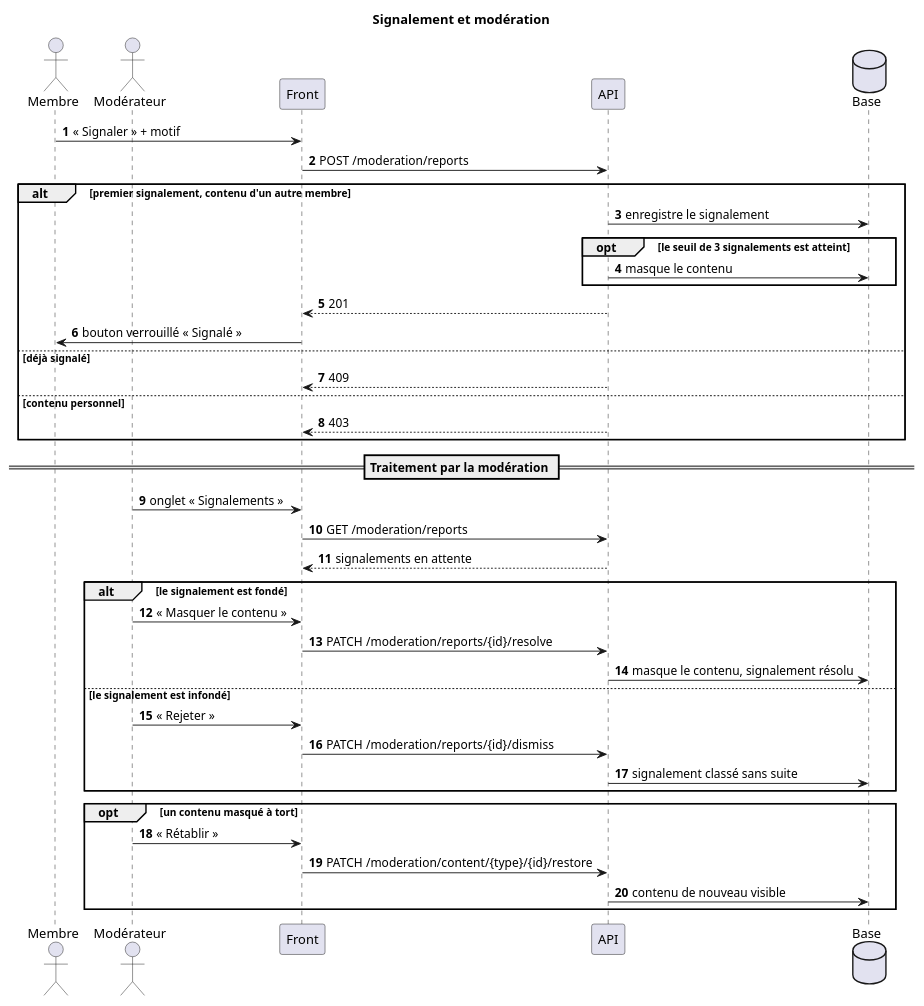
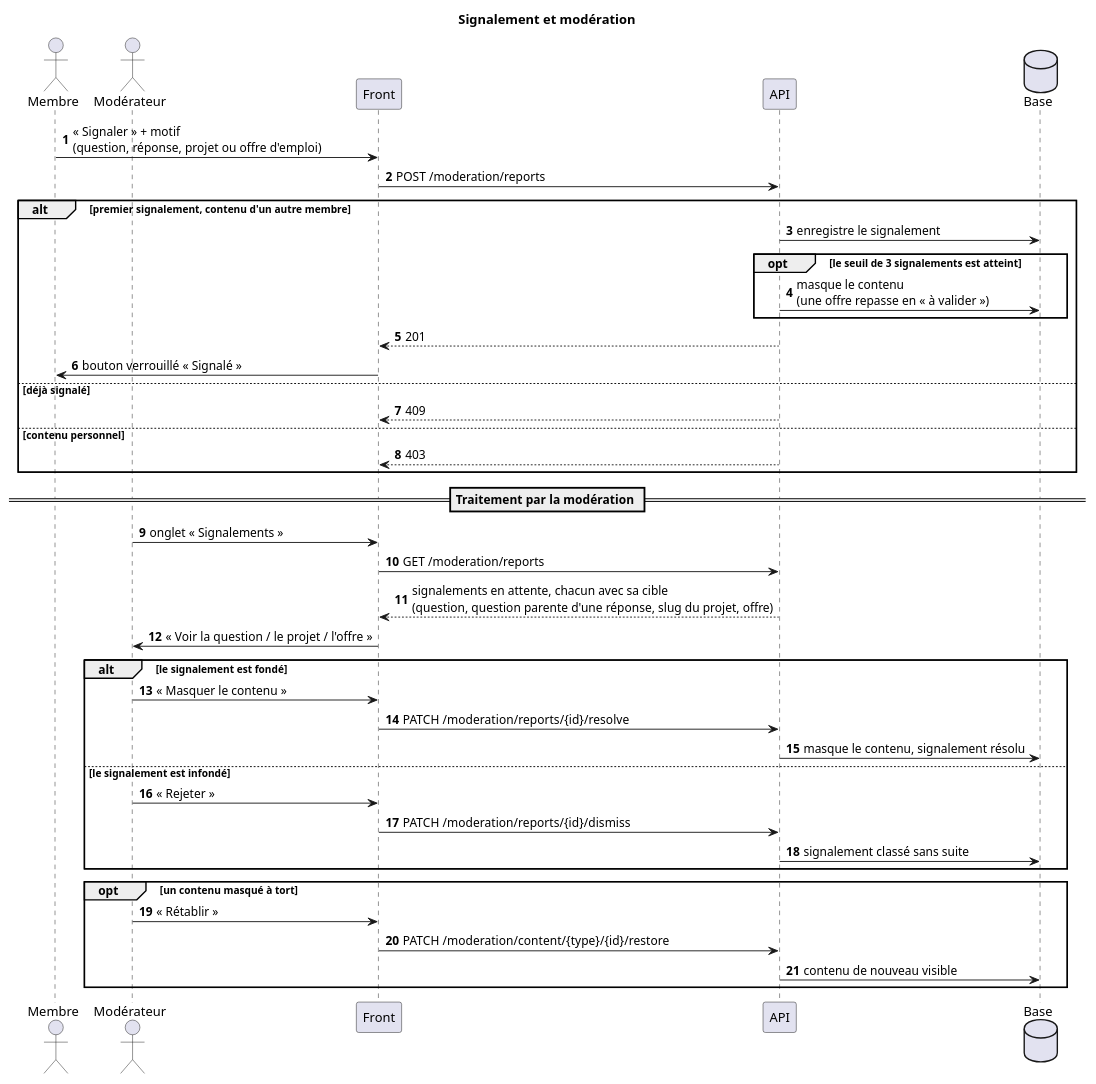
Before and after one commit to TheShvdow/afridev_hub: the diagram in docs/parcours-utilisateurs/diagrammes/07-signaler-un-contenu-et-le-moderer.puml, drawn with PlantUML. The commit also changed 9 other files, not shown here.

```diff
--- a/docs/parcours-utilisateurs/diagrammes/07-signaler-un-contenu-et-le-moderer.puml
+++ b/docs/parcours-utilisateurs/diagrammes/07-signaler-un-contenu-et-le-moderer.puml
@@ -1,44 +1,45 @@
 @startuml
 title Signalement et modération
 autonumber
 actor Membre
 actor Modérateur
 participant Front
 participant API
 database Base
 
-Membre -> Front : « Signaler » + motif
+Membre -> Front : « Signaler » + motif\n(question, réponse, projet ou offre d'emploi)
 Front -> API : POST /moderation/reports
 alt premier signalement, contenu d'un autre membre
   API -> Base : enregistre le signalement
   opt le seuil de 3 signalements est atteint
-    API -> Base : masque le contenu
+    API -> Base : masque le contenu\n(une offre repasse en « à valider »)
   end
   API --> Front : 201
   Front -> Membre : bouton verrouillé « Signalé »
 else déjà signalé
   API --> Front : 409
 else contenu personnel
   API --> Front : 403
 end
 
 == Traitement par la modération ==
 Modérateur -> Front : onglet « Signalements »
 Front -> API : GET /moderation/reports
-API --> Front : signalements en attente
+API --> Front : signalements en attente, chacun avec sa cible\n(question, question parente d'une réponse, slug du projet, offre)
+Front -> Modérateur : « Voir la question / le projet / l'offre »
 alt le signalement est fondé
   Modérateur -> Front : « Masquer le contenu »
   Front -> API : PATCH /moderation/reports/{id}/resolve
   API -> Base : masque le contenu, signalement résolu
 else le signalement est infondé
   Modérateur -> Front : « Rejeter »
   Front -> API : PATCH /moderation/reports/{id}/dismiss
   API -> Base : signalement classé sans suite
 end
 
 opt un contenu masqué à tort
   Modérateur -> Front : « Rétablir »
   Front -> API : PATCH /moderation/content/{type}/{id}/restore
   API -> Base : contenu de nouveau visible
 end
 @enduml
```
